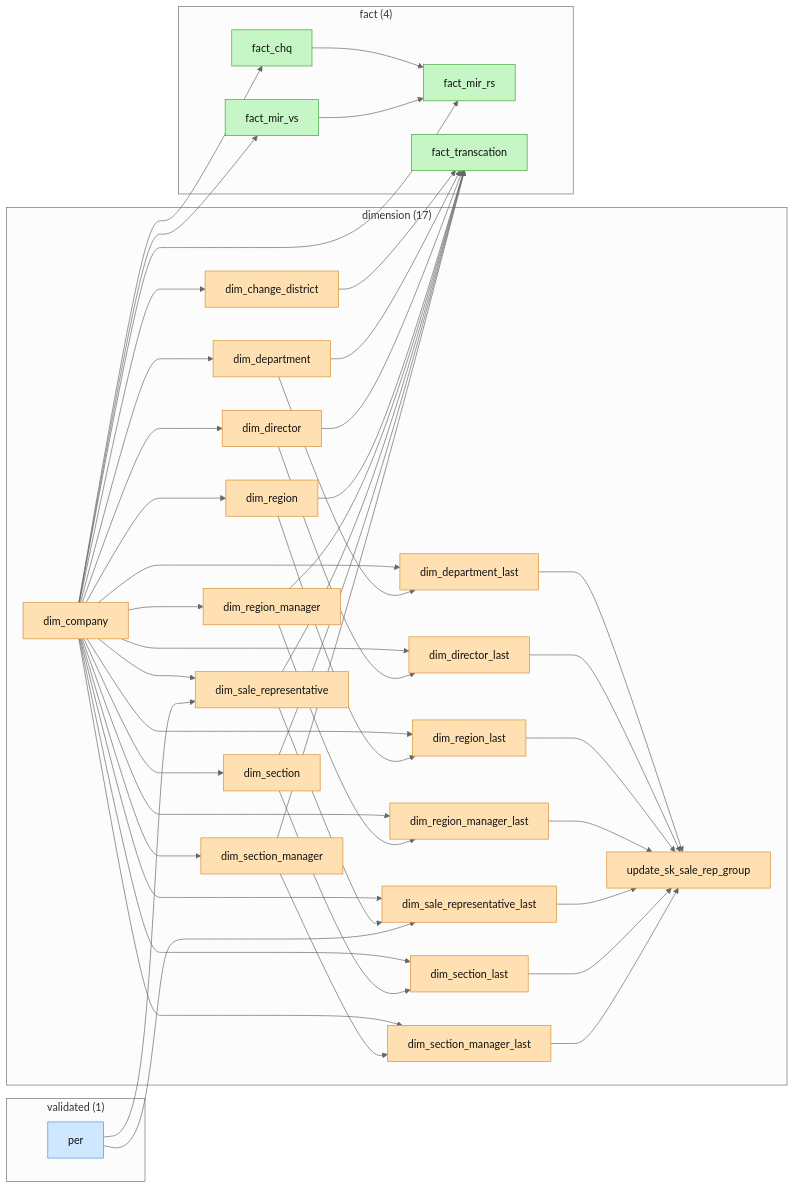
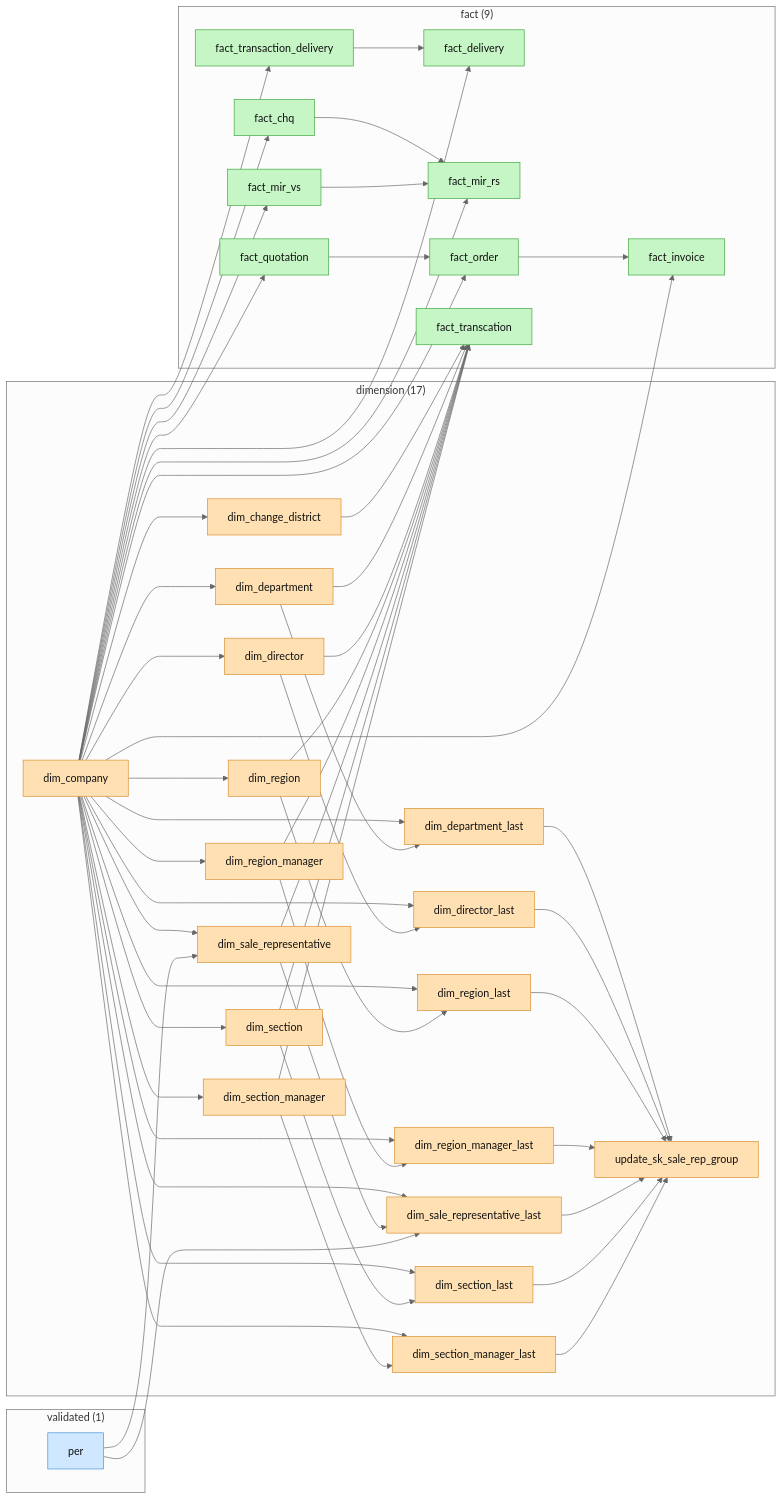
Before and after one commit to warayut-ALL-IN-AI/data-buffet: the first of 12 diagrams in document/diagrams/topic_flows.md, drawn with Mermaid (neutral theme). The commit also changed other lines of this file and 2 other files, not shown here.

First line of the commit message:
view_dim_aging_history: derive AgingSK/BillingSK instead of trusting the snapshot

````diff
--- a/document/diagrams/topic_flows.md
+++ b/document/diagrams/topic_flows.md
@@ -60,10 +60,15 @@
     dim_section_manager_last["dim_section_manager_last"]
     update_sk_sale_rep_group["update_sk_sale_rep_group"]
   end
-  subgraph fact["fact (4)"]
+  subgraph fact["fact (9)"]
     fact_chq["fact_chq"]
+    fact_delivery["fact_delivery"]
+    fact_invoice["fact_invoice"]
     fact_mir_rs["fact_mir_rs"]
     fact_mir_vs["fact_mir_vs"]
+    fact_order["fact_order"]
+    fact_quotation["fact_quotation"]
+    fact_transaction_delivery["fact_transaction_delivery"]
     fact_transcation["fact_transcation"]
   end
   dim_change_district --> fact_transcation
@@ -83,8 +88,13 @@
   dim_company --> dim_section_manager
   dim_company --> dim_section_manager_last
   dim_company --> fact_chq
+  dim_company --> fact_delivery
+  dim_company --> fact_invoice
   dim_company --> fact_mir_rs
   dim_company --> fact_mir_vs
+  dim_company --> fact_order
+  dim_company --> fact_quotation
+  dim_company --> fact_transaction_delivery
   dim_department --> dim_department_last
   dim_department --> fact_transcation
   dim_department_last --> update_sk_sale_rep_group
@@ -108,6 +118,9 @@
   dim_section_manager_last --> update_sk_sale_rep_group
   fact_chq --> fact_mir_rs
   fact_mir_vs --> fact_mir_rs
+  fact_order --> fact_invoice
+  fact_quotation --> fact_order
+  fact_transaction_delivery --> fact_delivery
   per --> dim_sale_representative
   per --> dim_sale_representative_last
   classDef validated fill:#cfe8ff,stroke:#4a90d9,color:#111;
@@ -116,5 +129,5 @@
   classDef paused fill:#f5f5f5,stroke:#bbb,color:#999,stroke-dasharray:4 3;
   class per validated;
   class dim_change_district,dim_company,dim_department,dim_department_last,dim_director,dim_director_last,dim_region,dim_region_last,dim_region_manager,dim_region_manager_last,dim_sale_representative,dim_sale_representative_last,dim_section,dim_section_last,dim_section_manager,dim_section_manager_last,update_sk_sale_rep_group dimension;
-  class fact_chq,fact_mir_rs,fact_mir_vs,fact_transcation fact;
+  class fact_chq,fact_delivery,fact_invoice,fact_mir_rs,fact_mir_vs,fact_order,fact_quotation,fact_transaction_delivery,fact_transcation fact;
 ```
````
